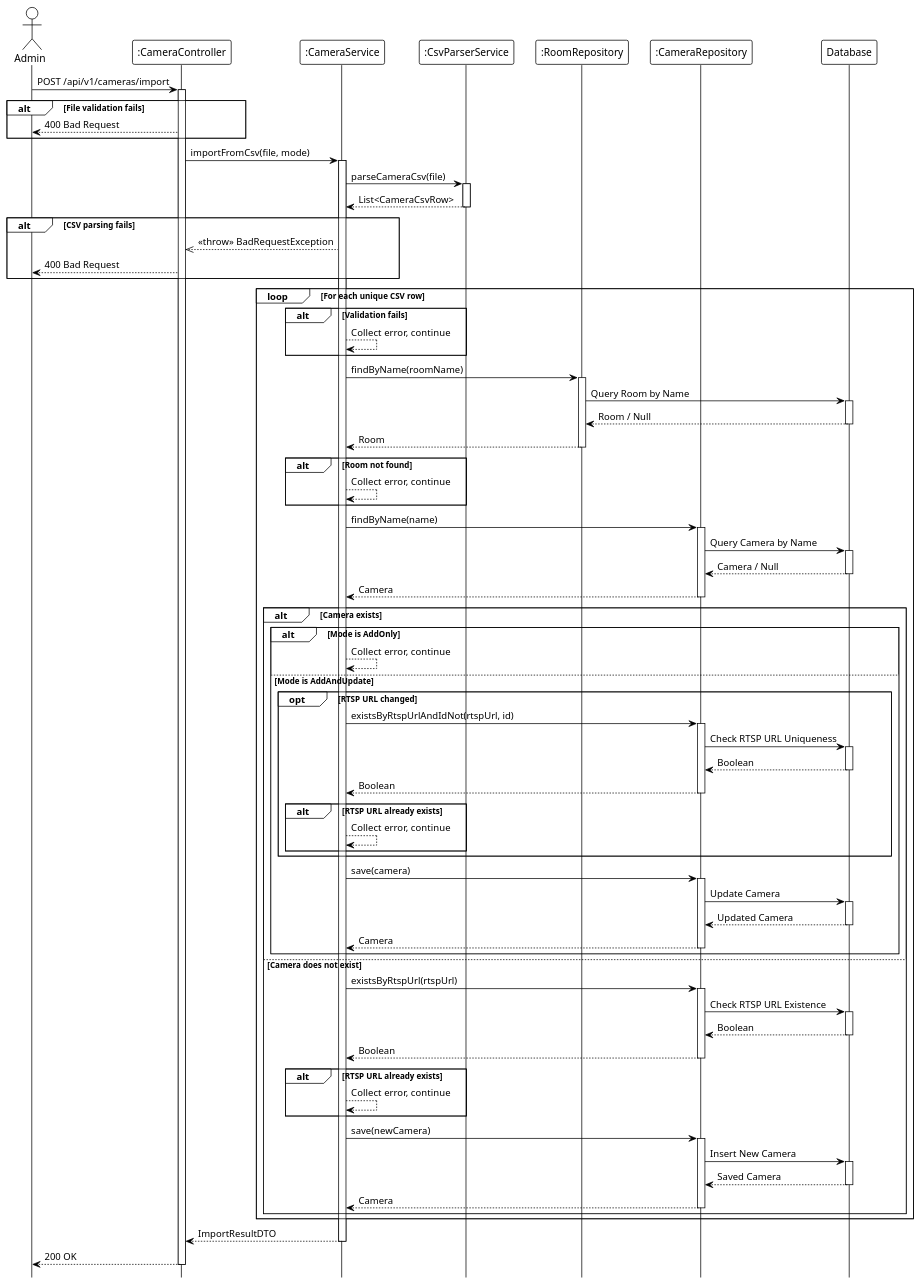
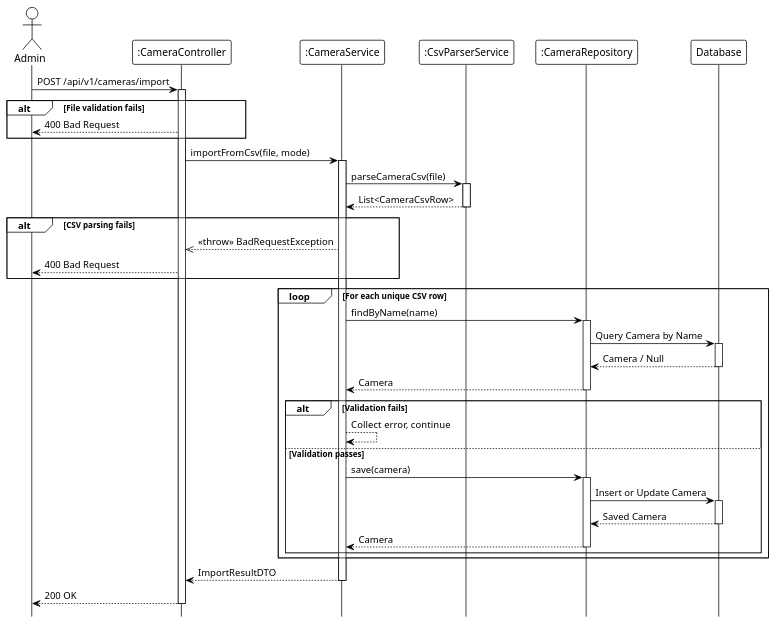
Before and after one commit to Ndh474/context: the diagram in system_detailed_design/66_import_csv_camera/sequence_diagram_import_csv_camera.puml, drawn with PlantUML. The commit also changed 14 other files, not shown here.

```diff
--- a/system_detailed_design/66_import_csv_camera/sequence_diagram_import_csv_camera.puml
+++ b/system_detailed_design/66_import_csv_camera/sequence_diagram_import_csv_camera.puml
@@ -1,149 +1,80 @@
 @startuml import_csv_camera
 !theme plain
 hide footbox
 
 actor Admin
 participant ":CameraController" as Controller
 participant ":CameraService" as Service
 participant ":CsvParserService" as CsvParser
-participant ":RoomRepository" as RoomRepo
-participant ":CameraRepository" as CameraRepo
+participant ":CameraRepository" as Repository
 participant "Database" as DB
 
 ' --- MAIN FLOW ---
 Admin -> Controller: POST /api/v1/cameras/import
 activate Controller
 
 ' File validation (internal)
 
 alt File validation fails
     Controller --> Admin: 400 Bad Request
 end
 
 Controller -> Service: importFromCsv(file, mode)
 activate Service
 
 ' --- PARSE CSV ---
 Service -> CsvParser: parseCameraCsv(file)
 activate CsvParser
 
 CsvParser --> Service: List<CameraCsvRow>
 deactivate CsvParser
 
 alt CSV parsing fails
     Service -->> Controller: <<throw>> BadRequestException
     Controller --> Admin: 400 Bad Request
 end
 
 ' CSV deduplication (internal)
 
 ' --- BATCH PROCESSING LOOP ---
 loop For each unique CSV row
-    ' Row validation (internal)
+    ' Row validation (internal: room validation, name/RTSP URL uniqueness)
+
+    Service -> Repository: findByName(name)
+    activate Repository
+    
+    Repository -> DB: Query Camera by Name
+    activate DB
+    DB --> Repository: Camera / Null
+    deactivate DB
+    
+    Repository --> Service: Camera
+    deactivate Repository
+    
+    ' Business logic: create or update based on mode (internal)
     
     alt Validation fails
         Service --> Service: Collect error, continue
-    end
-    
-    ' --- FIND ROOM ---
-    Service -> RoomRepo: findByName(roomName)
-    activate RoomRepo
-    
-    RoomRepo -> DB: Query Room by Name
-    activate DB
-    DB --> RoomRepo: Room / Null
-    deactivate DB
-    
-    RoomRepo --> Service: Room
-    deactivate RoomRepo
-    
-    alt Room not found
-        Service --> Service: Collect error, continue
-    end
-    
-    ' --- CHECK EXISTING CAMERA ---
-    Service -> CameraRepo: findByName(name)
-    activate CameraRepo
-    
-    CameraRepo -> DB: Query Camera by Name
-    activate DB
-    DB --> CameraRepo: Camera / Null
-    deactivate DB
-    
-    CameraRepo --> Service: Camera
-    deactivate CameraRepo
-    
-    alt Camera exists
-        alt Mode is AddOnly
-            Service --> Service: Collect error, continue
-        else Mode is AddAndUpdate
-            ' Check RTSP URL uniqueness if changed
-            opt RTSP URL changed
-                Service -> CameraRepo: existsByRtspUrlAndIdNot(rtspUrl, id)
-                activate CameraRepo
-                
-                CameraRepo -> DB: Check RTSP URL Uniqueness
-                activate DB
-                DB --> CameraRepo: Boolean
-                deactivate DB
-                
-                CameraRepo --> Service: Boolean
-                deactivate CameraRepo
-                
-                alt RTSP URL already exists
-                    Service --> Service: Collect error, continue
-                end
-            end
-            
-            ' Update existing camera
-            Service -> CameraRepo: save(camera)
-            activate CameraRepo
-            
-            CameraRepo -> DB: Update Camera
-            activate DB
-            DB --> CameraRepo: Updated Camera
-            deactivate DB
-            
-            CameraRepo --> Service: Camera
-            deactivate CameraRepo
-        end
-    else Camera does not exist
-        ' Check RTSP URL uniqueness
-        Service -> CameraRepo: existsByRtspUrl(rtspUrl)
-        activate CameraRepo
+    else Validation passes
+        Service -> Repository: save(camera)
+        activate Repository
         
-        CameraRepo -> DB: Check RTSP URL Existence
+        Repository -> DB: Insert or Update Camera
         activate DB
-        DB --> CameraRepo: Boolean
+        DB --> Repository: Saved Camera
         deactivate DB
         
-        CameraRepo --> Service: Boolean
-        deactivate CameraRepo
-        
-        alt RTSP URL already exists
-            Service --> Service: Collect error, continue
-        end
-        
-        ' Create new camera
-        Service -> CameraRepo: save(newCamera)
-        activate CameraRepo
-        
-        CameraRepo -> DB: Insert New Camera
-        activate DB
-        DB --> CameraRepo: Saved Camera
-        deactivate DB
-        
-        CameraRepo --> Service: Camera
-        deactivate CameraRepo
+        Repository --> Service: Camera
+        deactivate Repository
     end
 end
 
 ' Build result with success/failure counts (internal)
 
 Service --> Controller: ImportResultDTO
 deactivate Service
 
 Controller --> Admin: 200 OK
 deactivate Controller
 
 @enduml
```
